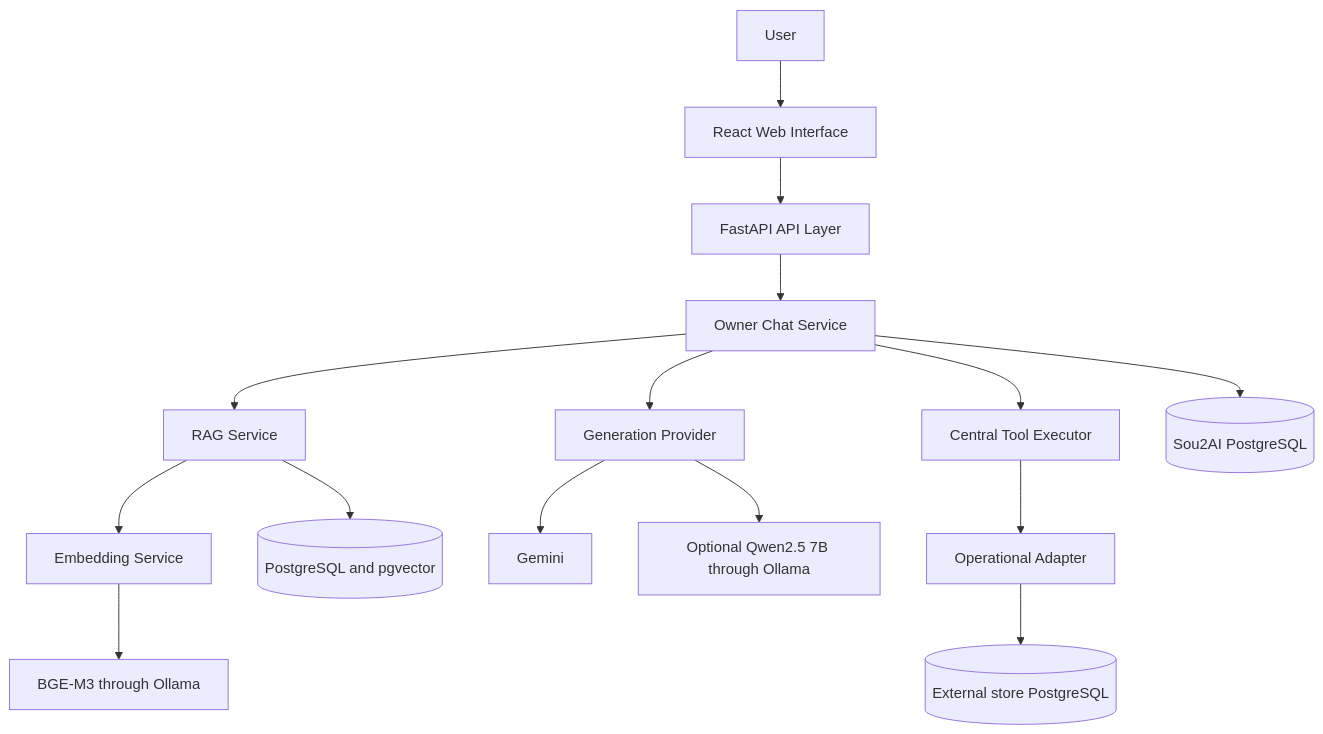
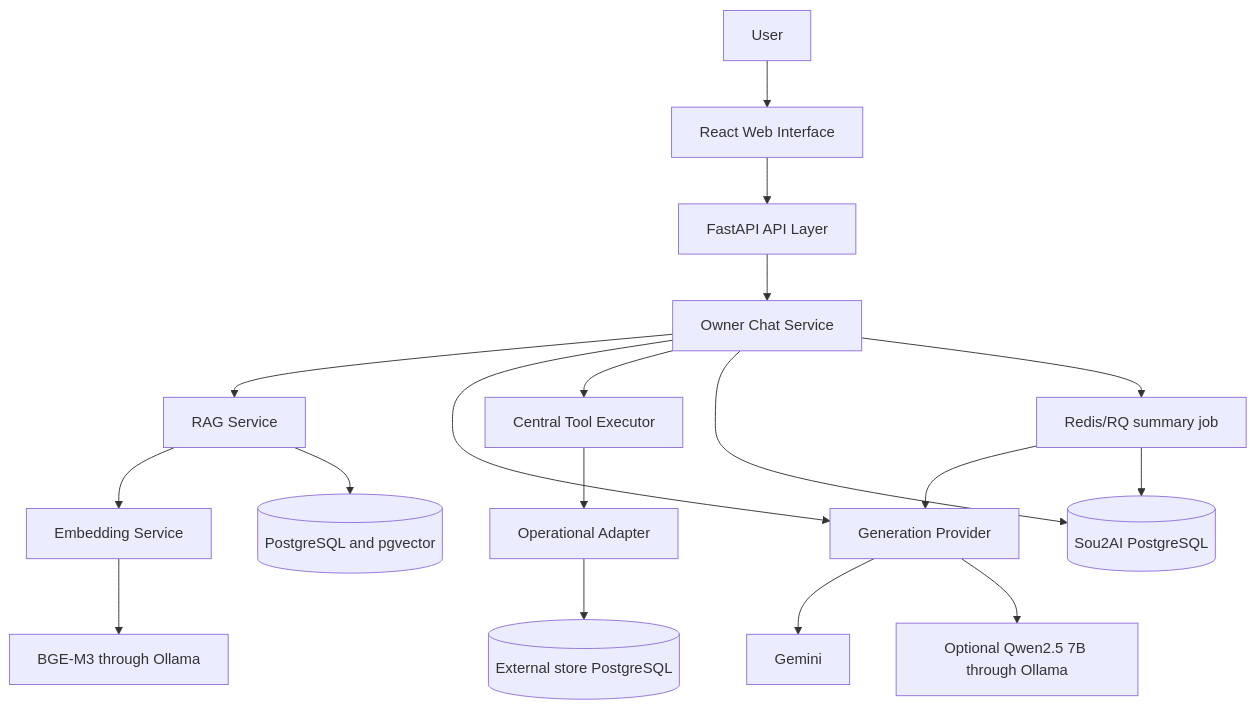
Before and after one commit to mohamedwaked05/Sou2-AI: the first of 5 diagrams in ARCHITECTURE.md, drawn with Mermaid. The commit also changed other lines of this file and 22 other files, not shown here.

````diff
--- a/ARCHITECTURE.md
+++ b/ARCHITECTURE.md
@@ -16,19 +16,22 @@
 ```mermaid
 flowchart TD
     U[User] --> UI[React Web Interface]
     UI --> API[FastAPI API Layer]
 
     API --> CHAT[Owner Chat Service]
     CHAT --> RAG[RAG Service]
     CHAT --> LLM[Generation Provider]
     CHAT --> EXEC[Central Tool Executor]
     EXEC --> OI
     CHAT --> DB[(Sou2AI PostgreSQL)]
+    CHAT --> SQ[Redis/RQ summary job]
+    SQ --> LLM
+    SQ --> DB
     RAG --> EMBED[Embedding Service]
     RAG --> VECTOR[(PostgreSQL and pgvector)]
     OI[Operational Adapter] --> STORE[(External store PostgreSQL)]
 
     EMBED --> BGE[BGE-M3 through Ollama]
     LLM --> GEMINI[Gemini]
     LLM --> QWEN[Optional Qwen2.5 7B through Ollama]
 ```
````
